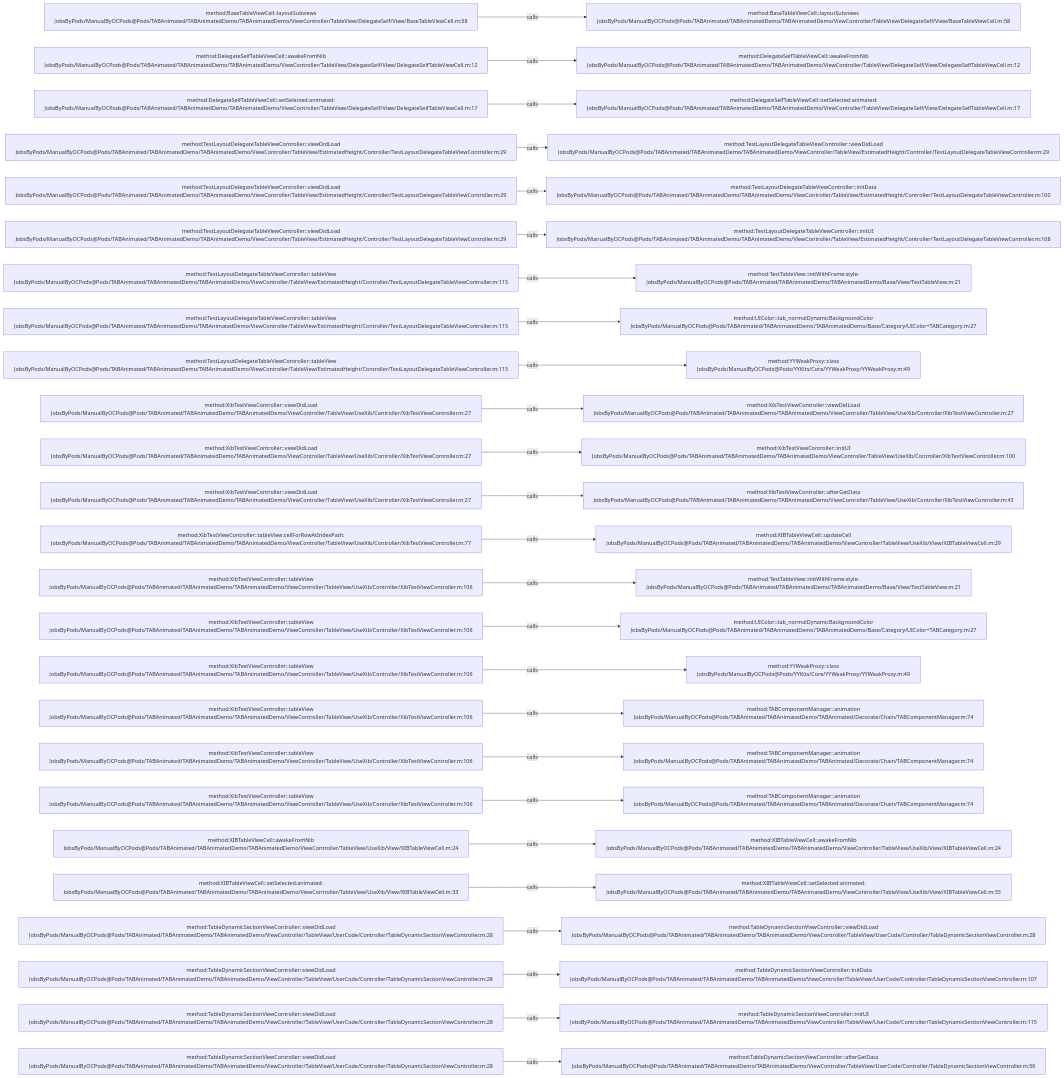
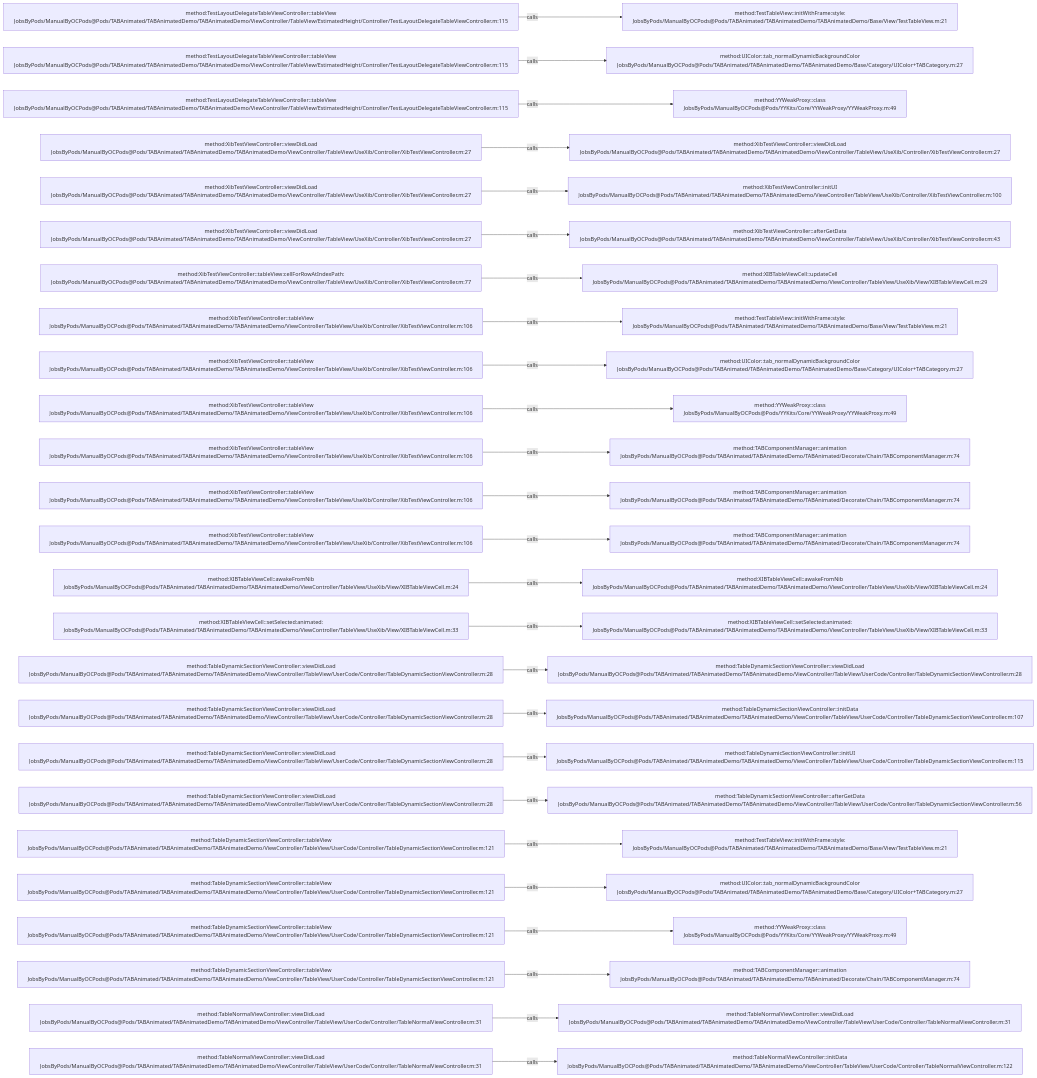
The diagram in .codegraph/codegraph.md/graphs/calls-056.md (JobsKits/JobsOCBaseConfigDemo), drawn with Mermaid before and after one commit. The commit also changed 666 other files, not shown here.

````diff
--- a/.codegraph/codegraph.md/graphs/calls-056.md
+++ b/.codegraph/codegraph.md/graphs/calls-056.md
@@ -13,78 +13,78 @@
 ```mermaid
 flowchart LR
-  S1["method:BaseTableViewCell::layoutSubviews<br/>JobsByPods/ManualByOCPods@Pods/TABAnimated/TABAnimatedDemo/TABAnimatedDemo/ViewController/TableView/DelegateSelf/View/BaseTableViewCell.m:58"]
-  T1["method:BaseTableViewCell::layoutSubviews<br/>JobsByPods/ManualByOCPods@Pods/TABAnimated/TABAnimatedDemo/TABAnimatedDemo/ViewController/TableView/DelegateSelf/View/BaseTableViewCell.m:58"]
+  S1["method:TestLayoutDelegateTableViewController::tableView<br/>JobsByPods/ManualByOCPods@Pods/TABAnimated/TABAnimatedDemo/TABAnimatedDemo/ViewController/TableView/EstimatedHeight/Controller/TestLayoutDelegateTableViewController.m:115"]
+  T1["method:TestTableView::initWithFrame:style:<br/>JobsByPods/ManualByOCPods@Pods/TABAnimated/TABAnimatedDemo/TABAnimatedDemo/Base/View/TestTableView.m:21"]
   S1 -->|calls| T1
-  S2["method:DelegateSelfTableViewCell::awakeFromNib<br/>JobsByPods/ManualByOCPods@Pods/TABAnimated/TABAnimatedDemo/TABAnimatedDemo/ViewController/TableView/DelegateSelf/View/DelegateSelfTableViewCell.m:12"]
-  T2["method:DelegateSelfTableViewCell::awakeFromNib<br/>JobsByPods/ManualByOCPods@Pods/TABAnimated/TABAnimatedDemo/TABAnimatedDemo/ViewController/TableView/DelegateSelf/View/DelegateSelfTableViewCell.m:12"]
+  S2["method:TestLayoutDelegateTableViewController::tableView<br/>JobsByPods/ManualByOCPods@Pods/TABAnimated/TABAnimatedDemo/TABAnimatedDemo/ViewController/TableView/EstimatedHeight/Controller/TestLayoutDelegateTableViewController.m:115"]
+  T2["method:UIColor::tab_normalDynamicBackgroundColor<br/>JobsByPods/ManualByOCPods@Pods/TABAnimated/TABAnimatedDemo/TABAnimatedDemo/Base/Category/UIColor+TABCategory.m:27"]
   S2 -->|calls| T2
-  S3["method:DelegateSelfTableViewCell::setSelected:animated:<br/>JobsByPods/ManualByOCPods@Pods/TABAnimated/TABAnimatedDemo/TABAnimatedDemo/ViewController/TableView/DelegateSelf/View/DelegateSelfTableViewCell.m:17"]
-  T3["method:DelegateSelfTableViewCell::setSelected:animated:<br/>JobsByPods/ManualByOCPods@Pods/TABAnimated/TABAnimatedDemo/TABAnimatedDemo/ViewController/TableView/DelegateSelf/View/DelegateSelfTableViewCell.m:17"]
+  S3["method:TestLayoutDelegateTableViewController::tableView<br/>JobsByPods/ManualByOCPods@Pods/TABAnimated/TABAnimatedDemo/TABAnimatedDemo/ViewController/TableView/EstimatedHeight/Controller/TestLayoutDelegateTableViewController.m:115"]
+  T3["method:YYWeakProxy::class<br/>JobsByPods/ManualByOCPods@Pods/YYKits/Core/YYWeakProxy/YYWeakProxy.m:49"]
   S3 -->|calls| T3
-  S4["method:TestLayoutDelegateTableViewController::viewDidLoad<br/>JobsByPods/ManualByOCPods@Pods/TABAnimated/TABAnimatedDemo/TABAnimatedDemo/ViewController/TableView/EstimatedHeight/Controller/TestLayoutDelegateTableViewController.m:29"]
-  T4["method:TestLayoutDelegateTableViewController::viewDidLoad<br/>JobsByPods/ManualByOCPods@Pods/TABAnimated/TABAnimatedDemo/TABAnimatedDemo/ViewController/TableView/EstimatedHeight/Controller/TestLayoutDelegateTableViewController.m:29"]
+  S4["method:XibTestViewController::viewDidLoad<br/>JobsByPods/ManualByOCPods@Pods/TABAnimated/TABAnimatedDemo/TABAnimatedDemo/ViewController/TableView/UseXib/Controller/XibTestViewController.m:27"]
+  T4["method:XibTestViewController::viewDidLoad<br/>JobsByPods/ManualByOCPods@Pods/TABAnimated/TABAnimatedDemo/TABAnimatedDemo/ViewController/TableView/UseXib/Controller/XibTestViewController.m:27"]
   S4 -->|calls| T4
-  S5["method:TestLayoutDelegateTableViewController::viewDidLoad<br/>JobsByPods/ManualByOCPods@Pods/TABAnimated/TABAnimatedDemo/TABAnimatedDemo/ViewController/TableView/EstimatedHeight/Controller/TestLayoutDelegateTableViewController.m:29"]
-  T5["method:TestLayoutDelegateTableViewController::initData<br/>JobsByPods/ManualByOCPods@Pods/TABAnimated/TABAnimatedDemo/TABAnimatedDemo/ViewController/TableView/EstimatedHeight/Controller/TestLayoutDelegateTableViewController.m:100"]
+  S5["method:XibTestViewController::viewDidLoad<br/>JobsByPods/ManualByOCPods@Pods/TABAnimated/TABAnimatedDemo/TABAnimatedDemo/ViewController/TableView/UseXib/Controller/XibTestViewController.m:27"]
+  T5["method:XibTestViewController::initUI<br/>JobsByPods/ManualByOCPods@Pods/TABAnimated/TABAnimatedDemo/TABAnimatedDemo/ViewController/TableView/UseXib/Controller/XibTestViewController.m:100"]
   S5 -->|calls| T5
-  S6["method:TestLayoutDelegateTableViewController::viewDidLoad<br/>JobsByPods/ManualByOCPods@Pods/TABAnimated/TABAnimatedDemo/TABAnimatedDemo/ViewController/TableView/EstimatedHeight/Controller/TestLayoutDelegateTableViewController.m:29"]
-  T6["method:TestLayoutDelegateTableViewController::initUI<br/>JobsByPods/ManualByOCPods@Pods/TABAnimated/TABAnimatedDemo/TABAnimatedDemo/ViewController/TableView/EstimatedHeight/Controller/TestLayoutDelegateTableViewController.m:108"]
+  S6["method:XibTestViewController::viewDidLoad<br/>JobsByPods/ManualByOCPods@Pods/TABAnimated/TABAnimatedDemo/TABAnimatedDemo/ViewController/TableView/UseXib/Controller/XibTestViewController.m:27"]
+  T6["method:XibTestViewController::afterGetData<br/>JobsByPods/ManualByOCPods@Pods/TABAnimated/TABAnimatedDemo/TABAnimatedDemo/ViewController/TableView/UseXib/Controller/XibTestViewController.m:43"]
   S6 -->|calls| T6
-  S7["method:TestLayoutDelegateTableViewController::tableView<br/>JobsByPods/ManualByOCPods@Pods/TABAnimated/TABAnimatedDemo/TABAnimatedDemo/ViewController/TableView/EstimatedHeight/Controller/TestLayoutDelegateTableViewController.m:115"]
-  T7["method:TestTableView::initWithFrame:style:<br/>JobsByPods/ManualByOCPods@Pods/TABAnimated/TABAnimatedDemo/TABAnimatedDemo/Base/View/TestTableView.m:21"]
+  S7["method:XibTestViewController::tableView:cellForRowAtIndexPath:<br/>JobsByPods/ManualByOCPods@Pods/TABAnimated/TABAnimatedDemo/TABAnimatedDemo/ViewController/TableView/UseXib/Controller/XibTestViewController.m:77"]
+  T7["method:XIBTableViewCell::updateCell<br/>JobsByPods/ManualByOCPods@Pods/TABAnimated/TABAnimatedDemo/TABAnimatedDemo/ViewController/TableView/UseXib/View/XIBTableViewCell.m:29"]
   S7 -->|calls| T7
-  S8["method:TestLayoutDelegateTableViewController::tableView<br/>JobsByPods/ManualByOCPods@Pods/TABAnimated/TABAnimatedDemo/TABAnimatedDemo/ViewController/TableView/EstimatedHeight/Controller/TestLayoutDelegateTableViewController.m:115"]
-  T8["method:UIColor::tab_normalDynamicBackgroundColor<br/>JobsByPods/ManualByOCPods@Pods/TABAnimated/TABAnimatedDemo/TABAnimatedDemo/Base/Category/UIColor+TABCategory.m:27"]
+  S8["method:XibTestViewController::tableView<br/>JobsByPods/ManualByOCPods@Pods/TABAnimated/TABAnimatedDemo/TABAnimatedDemo/ViewController/TableView/UseXib/Controller/XibTestViewController.m:106"]
+  T8["method:TestTableView::initWithFrame:style:<br/>JobsByPods/ManualByOCPods@Pods/TABAnimated/TABAnimatedDemo/TABAnimatedDemo/Base/View/TestTableView.m:21"]
   S8 -->|calls| T8
-  S9["method:TestLayoutDelegateTableViewController::tableView<br/>JobsByPods/ManualByOCPods@Pods/TABAnimated/TABAnimatedDemo/TABAnimatedDemo/ViewController/TableView/EstimatedHeight/Controller/TestLayoutDelegateTableViewController.m:115"]
-  T9["method:YYWeakProxy::class<br/>JobsByPods/ManualByOCPods@Pods/YYKits/Core/YYWeakProxy/YYWeakProxy.m:49"]
+  S9["method:XibTestViewController::tableView<br/>JobsByPods/ManualByOCPods@Pods/TABAnimated/TABAnimatedDemo/TABAnimatedDemo/ViewController/TableView/UseXib/Controller/XibTestViewController.m:106"]
+  T9["method:UIColor::tab_normalDynamicBackgroundColor<br/>JobsByPods/ManualByOCPods@Pods/TABAnimated/TABAnimatedDemo/TABAnimatedDemo/Base/Category/UIColor+TABCategory.m:27"]
   S9 -->|calls| T9
-  S10["method:XibTestViewController::viewDidLoad<br/>JobsByPods/ManualByOCPods@Pods/TABAnimated/TABAnimatedDemo/TABAnimatedDemo/ViewController/TableView/UseXib/Controller/XibTestViewController.m:27"]
-  T10["method:XibTestViewController::viewDidLoad<br/>JobsByPods/ManualByOCPods@Pods/TABAnimated/TABAnimatedDemo/TABAnimatedDemo/ViewController/TableView/UseXib/Controller/XibTestViewController.m:27"]
+  S10["method:XibTestViewController::tableView<br/>JobsByPods/ManualByOCPods@Pods/TABAnimated/TABAnimatedDemo/TABAnimatedDemo/ViewController/TableView/UseXib/Controller/XibTestViewController.m:106"]
+  T10["method:YYWeakProxy::class<br/>JobsByPods/ManualByOCPods@Pods/YYKits/Core/YYWeakProxy/YYWeakProxy.m:49"]
   S10 -->|calls| T10
-  S11["method:XibTestViewController::viewDidLoad<br/>JobsByPods/ManualByOCPods@Pods/TABAnimated/TABAnimatedDemo/TABAnimatedDemo/ViewController/TableView/UseXib/Controller/XibTestViewController.m:27"]
-  T11["method:XibTestViewController::initUI<br/>JobsByPods/ManualByOCPods@Pods/TABAnimated/TABAnimatedDemo/TABAnimatedDemo/ViewController/TableView/UseXib/Controller/XibTestViewController.m:100"]
+  S11["method:XibTestViewController::tableView<br/>JobsByPods/ManualByOCPods@Pods/TABAnimated/TABAnimatedDemo/TABAnimatedDemo/ViewController/TableView/UseXib/Controller/XibTestViewController.m:106"]
+  T11["method:TABComponentManager::animation<br/>JobsByPods/ManualByOCPods@Pods/TABAnimated/TABAnimatedDemo/TABAnimated/Decorate/Chain/TABComponentManager.m:74"]
   S11 -->|calls| T11
-  S12["method:XibTestViewController::viewDidLoad<br/>JobsByPods/ManualByOCPods@Pods/TABAnimated/TABAnimatedDemo/TABAnimatedDemo/ViewController/TableView/UseXib/Controller/XibTestViewController.m:27"]
-  T12["method:XibTestViewController::afterGetData<br/>JobsByPods/ManualByOCPods@Pods/TABAnimated/TABAnimatedDemo/TABAnimatedDemo/ViewController/TableView/UseXib/Controller/XibTestViewController.m:43"]
+  S12["method:XibTestViewController::tableView<br/>JobsByPods/ManualByOCPods@Pods/TABAnimated/TABAnimatedDemo/TABAnimatedDemo/ViewController/TableView/UseXib/Controller/XibTestViewController.m:106"]
+  T12["method:TABComponentManager::animation<br/>JobsByPods/ManualByOCPods@Pods/TABAnimated/TABAnimatedDemo/TABAnimated/Decorate/Chain/TABComponentManager.m:74"]
   S12 -->|calls| T12
-  S13["method:XibTestViewController::tableView:cellForRowAtIndexPath:<br/>JobsByPods/ManualByOCPods@Pods/TABAnimated/TABAnimatedDemo/TABAnimatedDemo/ViewController/TableView/UseXib/Controller/XibTestViewController.m:77"]
-  T13["method:XIBTableViewCell::updateCell<br/>JobsByPods/ManualByOCPods@Pods/TABAnimated/TABAnimatedDemo/TABAnimatedDemo/ViewController/TableView/UseXib/View/XIBTableViewCell.m:29"]
+  S13["method:XibTestViewController::tableView<br/>JobsByPods/ManualByOCPods@Pods/TABAnimated/TABAnimatedDemo/TABAnimatedDemo/ViewController/TableView/UseXib/Controller/XibTestViewController.m:106"]
+  T13["method:TABComponentManager::animation<br/>JobsByPods/ManualByOCPods@Pods/TABAnimated/TABAnimatedDemo/TABAnimated/Decorate/Chain/TABComponentManager.m:74"]
   S13 -->|calls| T13
-  S14["method:XibTestViewController::tableView<br/>JobsByPods/ManualByOCPods@Pods/TABAnimated/TABAnimatedDemo/TABAnimatedDemo/ViewController/TableView/UseXib/Controller/XibTestViewController.m:106"]
-  T14["method:TestTableView::initWithFrame:style:<br/>JobsByPods/ManualByOCPods@Pods/TABAnimated/TABAnimatedDemo/TABAnimatedDemo/Base/View/TestTableView.m:21"]
+  S14["method:XIBTableViewCell::awakeFromNib<br/>JobsByPods/ManualByOCPods@Pods/TABAnimated/TABAnimatedDemo/TABAnimatedDemo/ViewController/TableView/UseXib/View/XIBTableViewCell.m:24"]
+  T14["method:XIBTableViewCell::awakeFromNib<br/>JobsByPods/ManualByOCPods@Pods/TABAnimated/TABAnimatedDemo/TABAnimatedDemo/ViewController/TableView/UseXib/View/XIBTableViewCell.m:24"]
   S14 -->|calls| T14
-  S15["method:XibTestViewController::tableView<br/>JobsByPods/ManualByOCPods@Pods/TABAnimated/TABAnimatedDemo/TABAnimatedDemo/ViewController/TableView/UseXib/Controller/XibTestViewController.m:106"]
-  T15["method:UIColor::tab_normalDynamicBackgroundColor<br/>JobsByPods/ManualByOCPods@Pods/TABAnimated/TABAnimatedDemo/TABAnimatedDemo/Base/Category/UIColor+TABCategory.m:27"]
+  S15["method:XIBTableViewCell::setSelected:animated:<br/>JobsByPods/ManualByOCPods@Pods/TABAnimated/TABAnimatedDemo/TABAnimatedDemo/ViewController/TableView/UseXib/View/XIBTableViewCell.m:33"]
+  T15["method:XIBTableViewCell::setSelected:animated:<br/>JobsByPods/ManualByOCPods@Pods/TABAnimated/TABAnimatedDemo/TABAnimatedDemo/ViewController/TableView/UseXib/View/XIBTableViewCell.m:33"]
   S15 -->|calls| T15
-  S16["method:XibTestViewController::tableView<br/>JobsByPods/ManualByOCPods@Pods/TABAnimated/TABAnimatedDemo/TABAnimatedDemo/ViewController/TableView/UseXib/Controller/XibTestViewController.m:106"]
-  T16["method:YYWeakProxy::class<br/>JobsByPods/ManualByOCPods@Pods/YYKits/Core/YYWeakProxy/YYWeakProxy.m:49"]
+  S16["method:TableDynamicSectionViewController::viewDidLoad<br/>JobsByPods/ManualByOCPods@Pods/TABAnimated/TABAnimatedDemo/TABAnimatedDemo/ViewController/TableView/UserCode/Controller/TableDynamicSectionViewController.m:28"]
+  T16["method:TableDynamicSectionViewController::viewDidLoad<br/>JobsByPods/ManualByOCPods@Pods/TABAnimated/TABAnimatedDemo/TABAnimatedDemo/ViewController/TableView/UserCode/Controller/TableDynamicSectionViewController.m:28"]
   S16 -->|calls| T16
-  S17["method:XibTestViewController::tableView<br/>JobsByPods/ManualByOCPods@Pods/TABAnimated/TABAnimatedDemo/TABAnimatedDemo/ViewController/TableView/UseXib/Controller/XibTestViewController.m:106"]
-  T17["method:TABComponentManager::animation<br/>JobsByPods/ManualByOCPods@Pods/TABAnimated/TABAnimatedDemo/TABAnimated/Decorate/Chain/TABComponentManager.m:74"]
+  S17["method:TableDynamicSectionViewController::viewDidLoad<br/>JobsByPods/ManualByOCPods@Pods/TABAnimated/TABAnimatedDemo/TABAnimatedDemo/ViewController/TableView/UserCode/Controller/TableDynamicSectionViewController.m:28"]
+  T17["method:TableDynamicSectionViewController::initData<br/>JobsByPods/ManualByOCPods@Pods/TABAnimated/TABAnimatedDemo/TABAnimatedDemo/ViewController/TableView/UserCode/Controller/TableDynamicSectionViewController.m:107"]
   S17 -->|calls| T17
-  S18["method:XibTestViewController::tableView<br/>JobsByPods/ManualByOCPods@Pods/TABAnimated/TABAnimatedDemo/TABAnimatedDemo/ViewController/TableView/UseXib/Controller/XibTestViewController.m:106"]
-  T18["method:TABComponentManager::animation<br/>JobsByPods/ManualByOCPods@Pods/TABAnimated/TABAnimatedDemo/TABAnimated/Decorate/Chain/TABComponentManager.m:74"]
+  S18["method:TableDynamicSectionViewController::viewDidLoad<br/>JobsByPods/ManualByOCPods@Pods/TABAnimated/TABAnimatedDemo/TABAnimatedDemo/ViewController/TableView/UserCode/Controller/TableDynamicSectionViewController.m:28"]
+  T18["method:TableDynamicSectionViewController::initUI<br/>JobsByPods/ManualByOCPods@Pods/TABAnimated/TABAnimatedDemo/TABAnimatedDemo/ViewController/TableView/UserCode/Controller/TableDynamicSectionViewController.m:115"]
   S18 -->|calls| T18
-  S19["method:XibTestViewController::tableView<br/>JobsByPods/ManualByOCPods@Pods/TABAnimated/TABAnimatedDemo/TABAnimatedDemo/ViewController/TableView/UseXib/Controller/XibTestViewController.m:106"]
-  T19["method:TABComponentManager::animation<br/>JobsByPods/ManualByOCPods@Pods/TABAnimated/TABAnimatedDemo/TABAnimated/Decorate/Chain/TABComponentManager.m:74"]
+  S19["method:TableDynamicSectionViewController::viewDidLoad<br/>JobsByPods/ManualByOCPods@Pods/TABAnimated/TABAnimatedDemo/TABAnimatedDemo/ViewController/TableView/UserCode/Controller/TableDynamicSectionViewController.m:28"]
+  T19["method:TableDynamicSectionViewController::afterGetData<br/>JobsByPods/ManualByOCPods@Pods/TABAnimated/TABAnimatedDemo/TABAnimatedDemo/ViewController/TableView/UserCode/Controller/TableDynamicSectionViewController.m:56"]
   S19 -->|calls| T19
-  S20["method:XIBTableViewCell::awakeFromNib<br/>JobsByPods/ManualByOCPods@Pods/TABAnimated/TABAnimatedDemo/TABAnimatedDemo/ViewController/TableView/UseXib/View/XIBTableViewCell.m:24"]
-  T20["method:XIBTableViewCell::awakeFromNib<br/>JobsByPods/ManualByOCPods@Pods/TABAnimated/TABAnimatedDemo/TABAnimatedDemo/ViewController/TableView/UseXib/View/XIBTableViewCell.m:24"]
+  S20["method:TableDynamicSectionViewController::tableView<br/>JobsByPods/ManualByOCPods@Pods/TABAnimated/TABAnimatedDemo/TABAnimatedDemo/ViewController/TableView/UserCode/Controller/TableDynamicSectionViewController.m:121"]
+  T20["method:TestTableView::initWithFrame:style:<br/>JobsByPods/ManualByOCPods@Pods/TABAnimated/TABAnimatedDemo/TABAnimatedDemo/Base/View/TestTableView.m:21"]
   S20 -->|calls| T20
-  S21["method:XIBTableViewCell::setSelected:animated:<br/>JobsByPods/ManualByOCPods@Pods/TABAnimated/TABAnimatedDemo/TABAnimatedDemo/ViewController/TableView/UseXib/View/XIBTableViewCell.m:33"]
-  T21["method:XIBTableViewCell::setSelected:animated:<br/>JobsByPods/ManualByOCPods@Pods/TABAnimated/TABAnimatedDemo/TABAnimatedDemo/ViewController/TableView/UseXib/View/XIBTableViewCell.m:33"]
+  S21["method:TableDynamicSectionViewController::tableView<br/>JobsByPods/ManualByOCPods@Pods/TABAnimated/TABAnimatedDemo/TABAnimatedDemo/ViewController/TableView/UserCode/Controller/TableDynamicSectionViewController.m:121"]
+  T21["method:UIColor::tab_normalDynamicBackgroundColor<br/>JobsByPods/ManualByOCPods@Pods/TABAnimated/TABAnimatedDemo/TABAnimatedDemo/Base/Category/UIColor+TABCategory.m:27"]
   S21 -->|calls| T21
-  S22["method:TableDynamicSectionViewController::viewDidLoad<br/>JobsByPods/ManualByOCPods@Pods/TABAnimated/TABAnimatedDemo/TABAnimatedDemo/ViewController/TableView/UserCode/Controller/TableDynamicSectionViewController.m:28"]
-  T22["method:TableDynamicSectionViewController::viewDidLoad<br/>JobsByPods/ManualByOCPods@Pods/TABAnimated/TABAnimatedDemo/TABAnimatedDemo/ViewController/TableView/UserCode/Controller/TableDynamicSectionViewController.m:28"]
+  S22["method:TableDynamicSectionViewController::tableView<br/>JobsByPods/ManualByOCPods@Pods/TABAnimated/TABAnimatedDemo/TABAnimatedDemo/ViewController/TableView/UserCode/Controller/TableDynamicSectionViewController.m:121"]
+  T22["method:YYWeakProxy::class<br/>JobsByPods/ManualByOCPods@Pods/YYKits/Core/YYWeakProxy/YYWeakProxy.m:49"]
   S22 -->|calls| T22
-  S23["method:TableDynamicSectionViewController::viewDidLoad<br/>JobsByPods/ManualByOCPods@Pods/TABAnimated/TABAnimatedDemo/TABAnimatedDemo/ViewController/TableView/UserCode/Controller/TableDynamicSectionViewController.m:28"]
-  T23["method:TableDynamicSectionViewController::initData<br/>JobsByPods/ManualByOCPods@Pods/TABAnimated/TABAnimatedDemo/TABAnimatedDemo/ViewController/TableView/UserCode/Controller/TableDynamicSectionViewController.m:107"]
+  S23["method:TableDynamicSectionViewController::tableView<br/>JobsByPods/ManualByOCPods@Pods/TABAnimated/TABAnimatedDemo/TABAnimatedDemo/ViewController/TableView/UserCode/Controller/TableDynamicSectionViewController.m:121"]
+  T23["method:TABComponentManager::animation<br/>JobsByPods/ManualByOCPods@Pods/TABAnimated/TABAnimatedDemo/TABAnimated/Decorate/Chain/TABComponentManager.m:74"]
   S23 -->|calls| T23
-  S24["method:TableDynamicSectionViewController::viewDidLoad<br/>JobsByPods/ManualByOCPods@Pods/TABAnimated/TABAnimatedDemo/TABAnimatedDemo/ViewController/TableView/UserCode/Controller/TableDynamicSectionViewController.m:28"]
-  T24["method:TableDynamicSectionViewController::initUI<br/>JobsByPods/ManualByOCPods@Pods/TABAnimated/TABAnimatedDemo/TABAnimatedDemo/ViewController/TableView/UserCode/Controller/TableDynamicSectionViewController.m:115"]
+  S24["method:TableNormalViewController::viewDidLoad<br/>JobsByPods/ManualByOCPods@Pods/TABAnimated/TABAnimatedDemo/TABAnimatedDemo/ViewController/TableView/UserCode/Controller/TableNormalViewController.m:31"]
+  T24["method:TableNormalViewController::viewDidLoad<br/>JobsByPods/ManualByOCPods@Pods/TABAnimated/TABAnimatedDemo/TABAnimatedDemo/ViewController/TableView/UserCode/Controller/TableNormalViewController.m:31"]
   S24 -->|calls| T24
-  S25["method:TableDynamicSectionViewController::viewDidLoad<br/>JobsByPods/ManualByOCPods@Pods/TABAnimated/TABAnimatedDemo/TABAnimatedDemo/ViewController/TableView/UserCode/Controller/TableDynamicSectionViewController.m:28"]
-  T25["method:TableDynamicSectionViewController::afterGetData<br/>JobsByPods/ManualByOCPods@Pods/TABAnimated/TABAnimatedDemo/TABAnimatedDemo/ViewController/TableView/UserCode/Controller/TableDynamicSectionViewController.m:56"]
+  S25["method:TableNormalViewController::viewDidLoad<br/>JobsByPods/ManualByOCPods@Pods/TABAnimated/TABAnimatedDemo/TABAnimatedDemo/ViewController/TableView/UserCode/Controller/TableNormalViewController.m:31"]
+  T25["method:TableNormalViewController::initData<br/>JobsByPods/ManualByOCPods@Pods/TABAnimated/TABAnimatedDemo/TABAnimatedDemo/ViewController/TableView/UserCode/Controller/TableNormalViewController.m:122"]
   S25 -->|calls| T25
 ```
````
